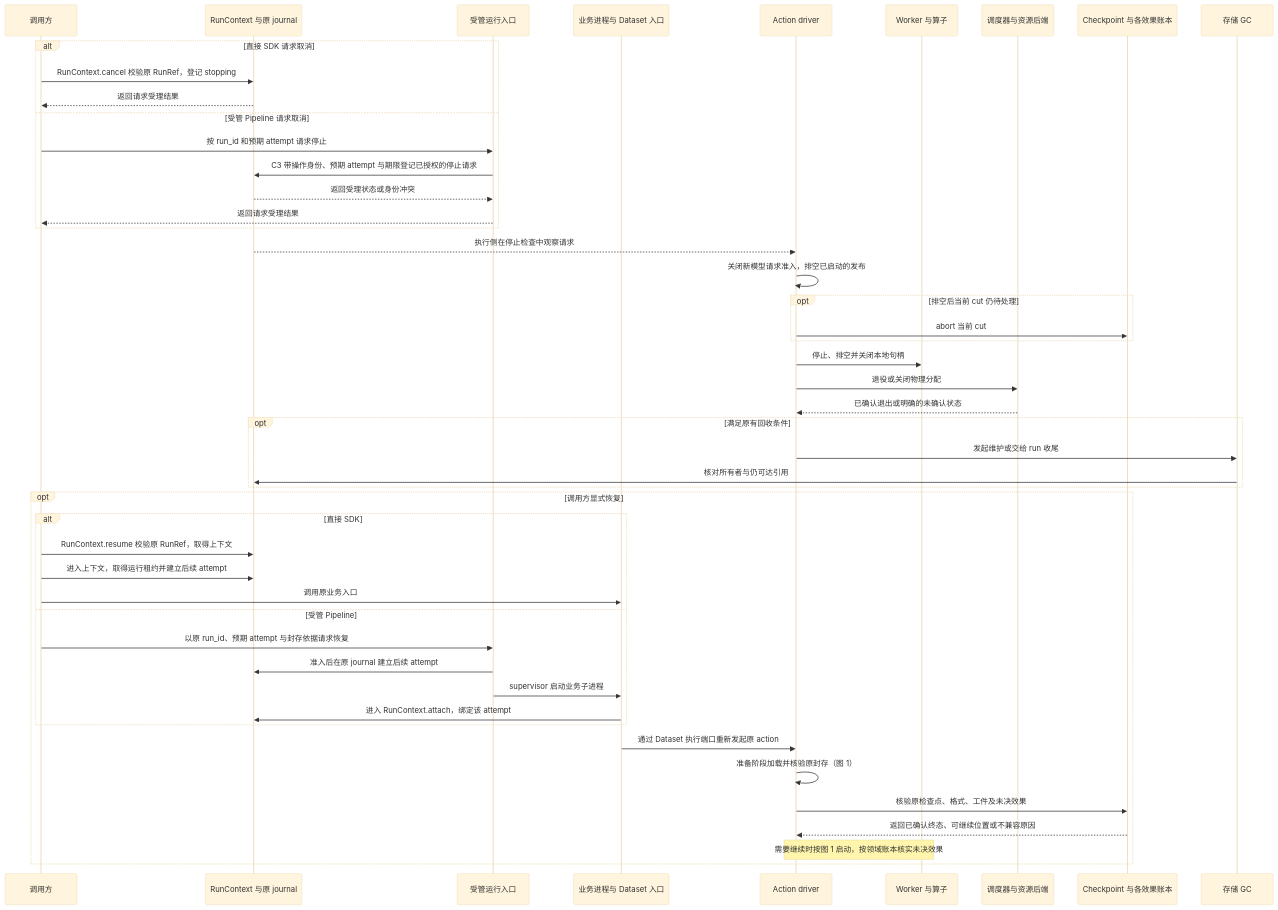
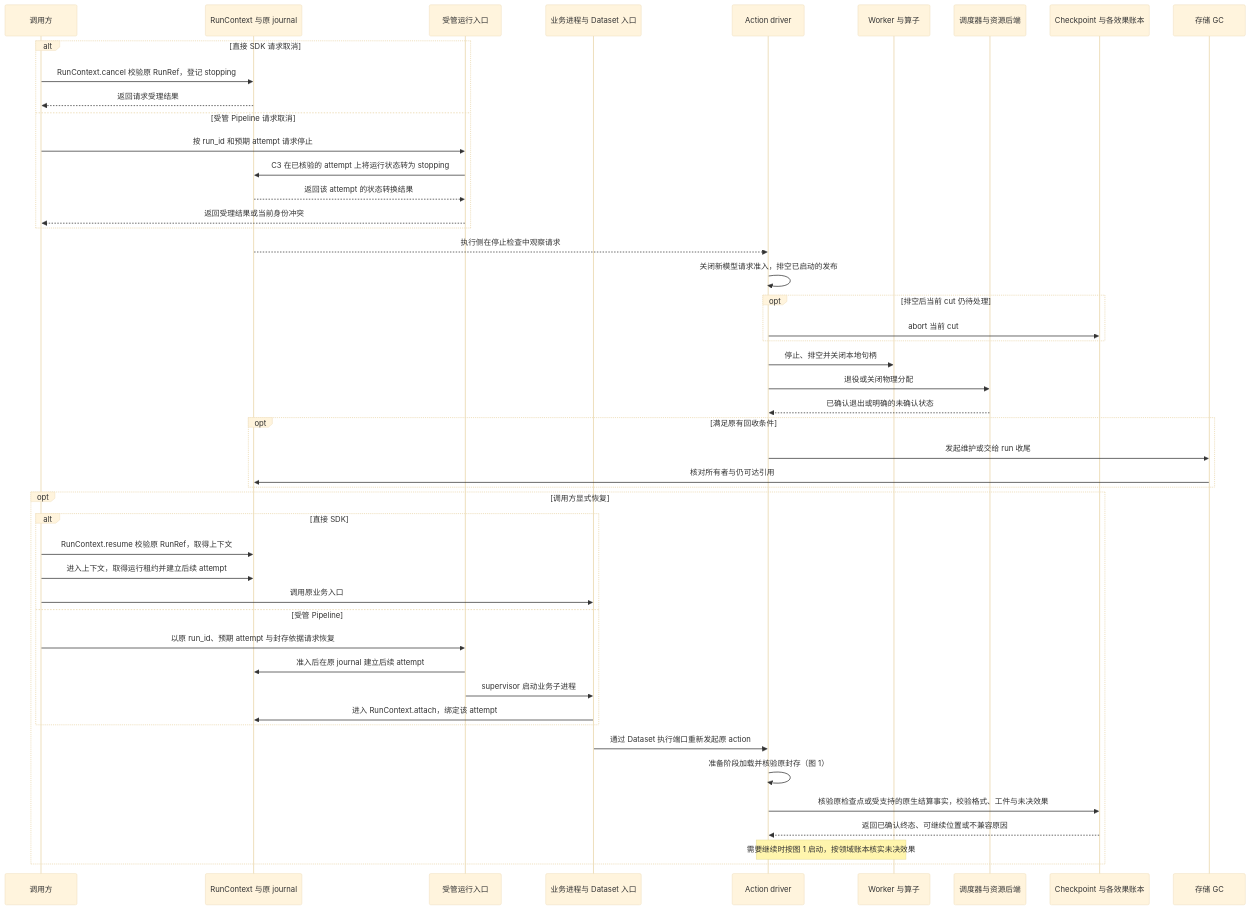
Before and after one commit to vincent9299/demiflow: diagram 14 of 14 in docs/demiflow-architecture.md, drawn with Mermaid (base theme). The commit also changed other lines of this file, not shown here.

````diff
--- a/docs/demiflow-architecture.md
+++ b/docs/demiflow-architecture.md
@@ -579,50 +594,50 @@
 ```mermaid
 sequenceDiagram
     participant U as 调用方
     participant R as RunContext 与原 journal
     participant M as 受管运行入口
     participant B as 业务进程与 Dataset 入口
     participant D as Action driver
     participant W as Worker 与算子
     participant Q as 调度器与资源后端
     participant C as Checkpoint 与各效果账本
     participant S as 存储 GC
     alt 直接 SDK 请求取消
         U->>R: RunContext.cancel 校验原 RunRef，登记 stopping
         R-->>U: 返回请求受理结果
     else 受管 Pipeline 请求取消
         U->>M: 按 run_id 和预期 attempt 请求停止
-        M->>R: C3 带操作身份、预期 attempt 与期限登记已授权的停止请求
-        R-->>M: 返回受理状态或身份冲突
-        M-->>U: 返回请求受理结果
+        M->>R: C3 在已核验的 attempt 上将运行状态转为 stopping
+        R-->>M: 返回该 attempt 的状态转换结果
+        M-->>U: 返回受理结果或当前身份冲突
     end
     R-->>D: 执行侧在停止检查中观察请求
     D->>D: 关闭新模型请求准入，排空已启动的发布
     opt 排空后当前 cut 仍待处理
         D->>C: abort 当前 cut
     end
     D->>W: 停止、排空并关闭本地句柄
     D->>Q: 退役或关闭物理分配
     Q-->>D: 已确认退出或明确的未确认状态
     opt 满足原有回收条件
         D->>S: 发起维护或交给 run 收尾
         S->>R: 核对所有者与仍可达引用
     end
     opt 调用方显式恢复
         alt 直接 SDK
             U->>R: RunContext.resume 校验原 RunRef，取得上下文
             U->>R: 进入上下文，取得运行租约并建立后续 attempt
             U->>B: 调用原业务入口
         else 受管 Pipeline
             U->>M: 以原 run_id、预期 attempt 与封存依据请求恢复
             M->>R: 准入后在原 journal 建立后续 attempt
             M->>B: supervisor 启动业务子进程
             B->>R: 进入 RunContext.attach，绑定该 attempt
         end
         B->>D: 通过 Dataset 执行端口重新发起原 action
         D->>D: 准备阶段加载并核验原封存（图 1）
-        D->>C: 核验原检查点、格式、工件及未决效果
+        D->>C: 核验原检查点或受支持的原生结算事实，校验格式、工件与未决效果
         C-->>D: 返回已确认终态、可继续位置或不兼容原因
         Note over D,W: 需要继续时按图 1 启动，按领域账本核实未决效果
     end
 ```
````
